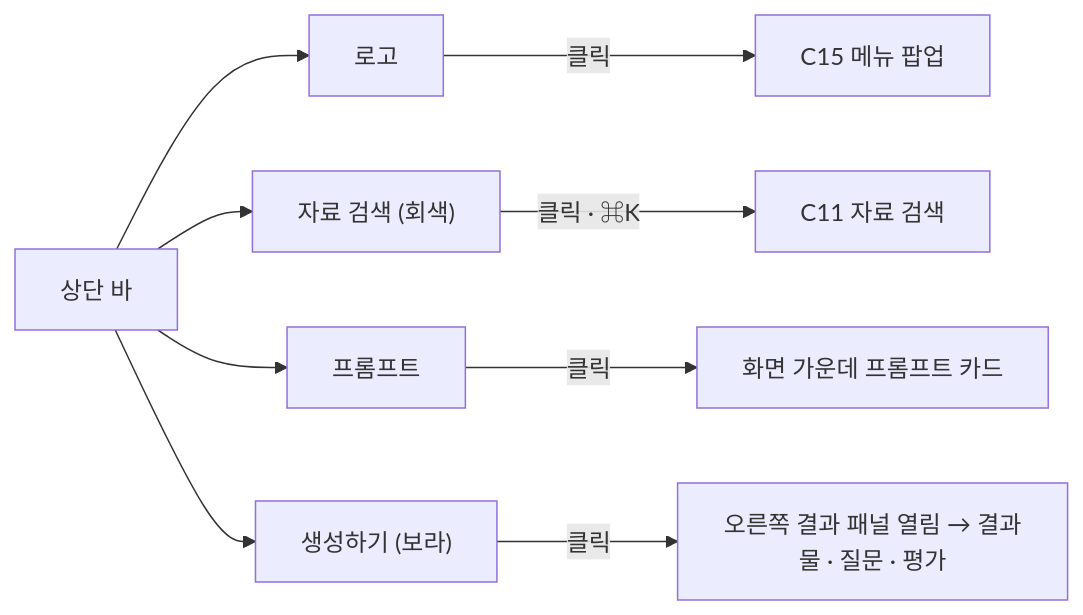
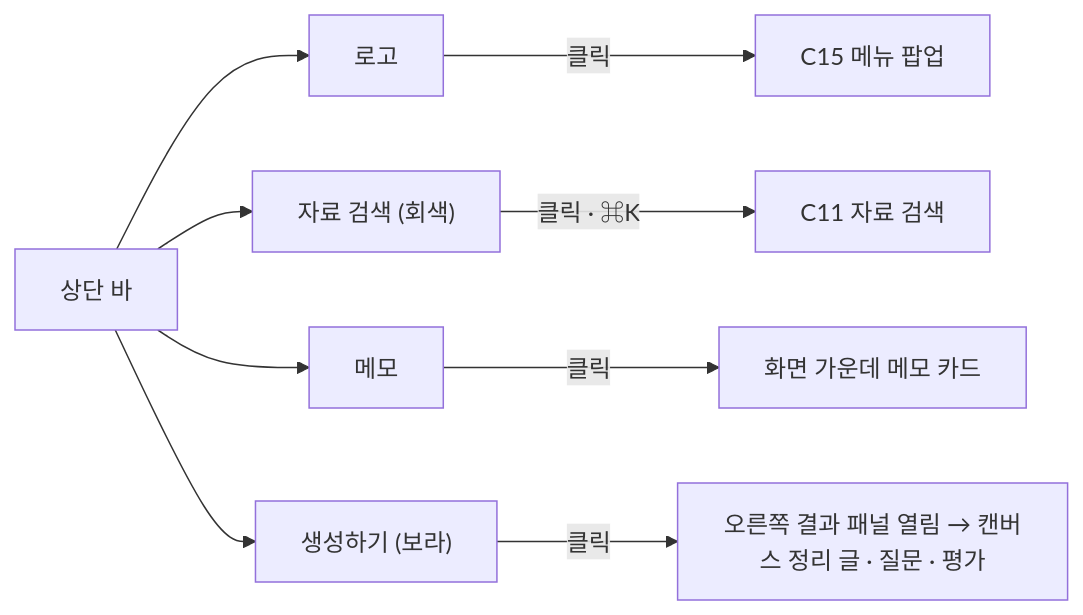
The fourth of 12 diagrams in docs/frontend/ia.md (vamos-team/telescope), drawn with Mermaid before and after one commit. The commit also changed other lines of this file and 3 other files, not shown here.

````diff
--- a/docs/frontend/ia.md
+++ b/docs/frontend/ia.md
@@ -180,11 +184,11 @@
 ```mermaid
 flowchart LR
   B["상단 바"] --> B0["로고"]
   B --> B2["자료 검색 (회색)"]
-  B --> B3["프롬프트"]
+  B --> B3["메모"]
   B --> B4["생성하기 (보라)"]
   B0 -->|클릭| R1["C15 메뉴 팝업"]
   B2 -->|"클릭 · ⌘K"| R2["C11 자료 검색"]
-  B3 -->|클릭| R3["화면 가운데 프롬프트 카드"]
-  B4 -->|클릭| R4["오른쪽 결과 패널 열림 → 결과물 · 질문 · 평가"]
+  B3 -->|클릭| R3["화면 가운데 메모 카드"]
+  B4 -->|클릭| R4["오른쪽 결과 패널 열림 → 캔버스 정리 글 · 질문 · 평가"]
 ```
````
